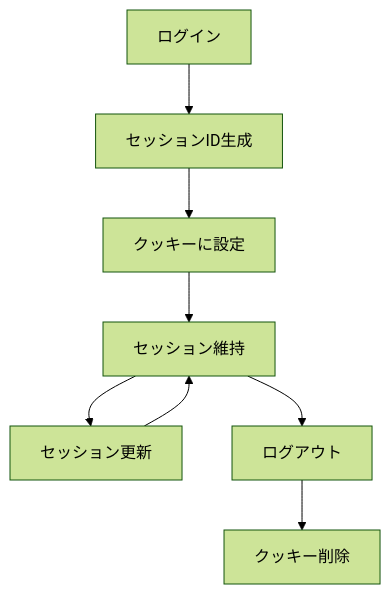
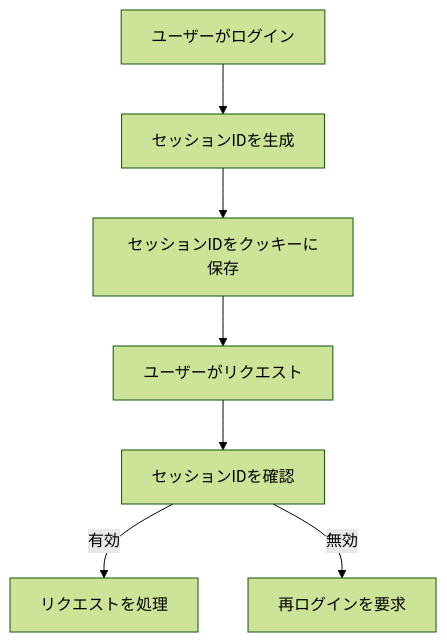
One commit to amata1219/autodoc-test changed the diagram in .docs/src/セッション管理.md. Above: the diagram before and after it, drawn with Mermaid (forest theme). The commit also changed other lines of this file and 9 other files, not shown here.

````diff
--- a/.docs/src/セッション管理.md
+++ b/.docs/src/セッション管理.md
@@ -17,10 +25,9 @@
 ```mermaid
 flowchart TD
-    A[ログイン] --> B[セッションID生成]
-    B --> C[クッキーに設定]
-    C --> D[セッション維持]
-    D --> E[セッション更新]
-    E --> D
-    D --> F[ログアウト]
-    F --> G[クッキー削除]
+    A[ユーザーがログイン] --> B[セッションIDを生成]
+    B --> C[セッションIDをクッキーに保存]
+    C --> D[ユーザーがリクエスト]
+    D --> E[セッションIDを確認]
+    E -->|有効| F[リクエストを処理]
+    E -->|無効| G[再ログインを要求]
 ```
````
